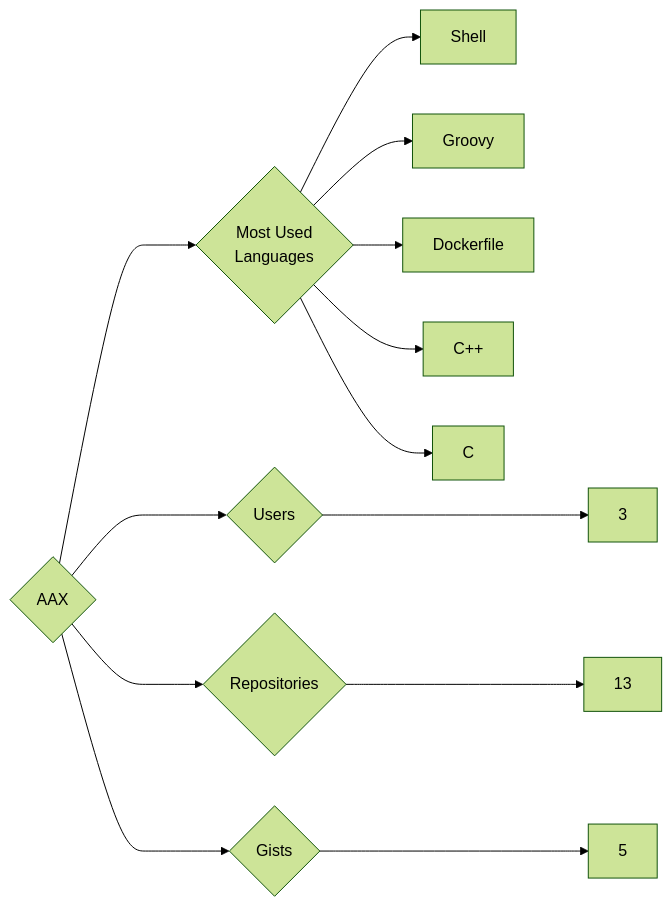
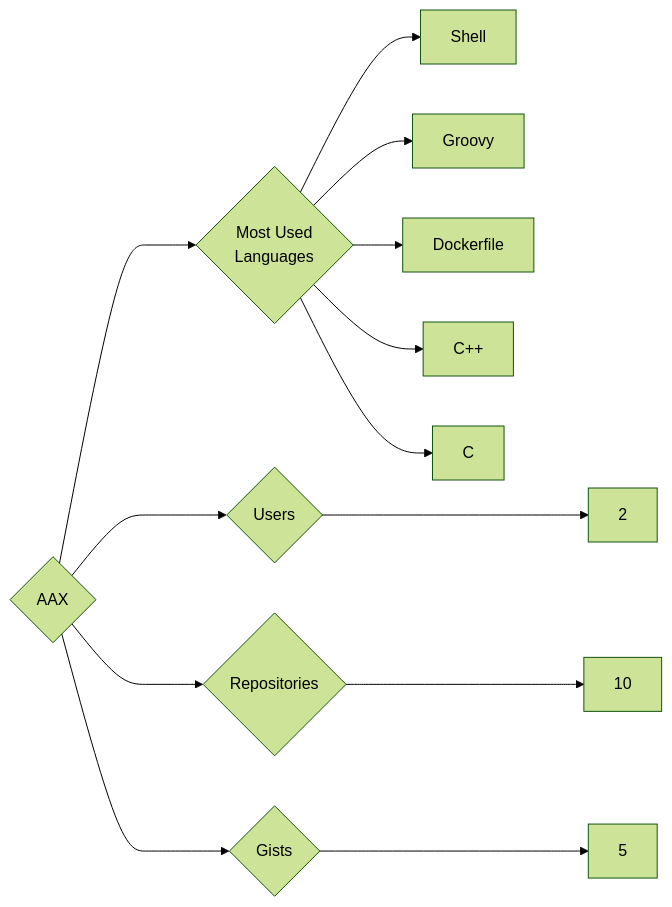
Before and after one commit to trickest/insiders: the diagram in targets/AAX/README.md, drawn with Mermaid (forest theme). The commit also changed 1078 other files, not shown here.

````diff
--- a/targets/AAX/README.md
+++ b/targets/AAX/README.md
@@ -3,13 +3,13 @@
 ```mermaid
 graph LR
 COMPANY_NAME{AAX}
-COMPANY_NAME ---> U{Users} ---> UN[3]
-COMPANY_NAME ---> R{Repositories} ---> RN[13]
+COMPANY_NAME ---> U{Users} ---> UN[2]
+COMPANY_NAME ---> R{Repositories} ---> RN[10]
 COMPANY_NAME ---> G{Gists} ---> GN[5]
 COMPANY_NAME ---> ML{Most Used<br>Languages}
 ML --> Shell[Shell]
 ML --> Groovy[Groovy]
 ML --> Dockerfile[Dockerfile]
 ML --> C++[C++]
 ML --> C[C]
 ```
````
